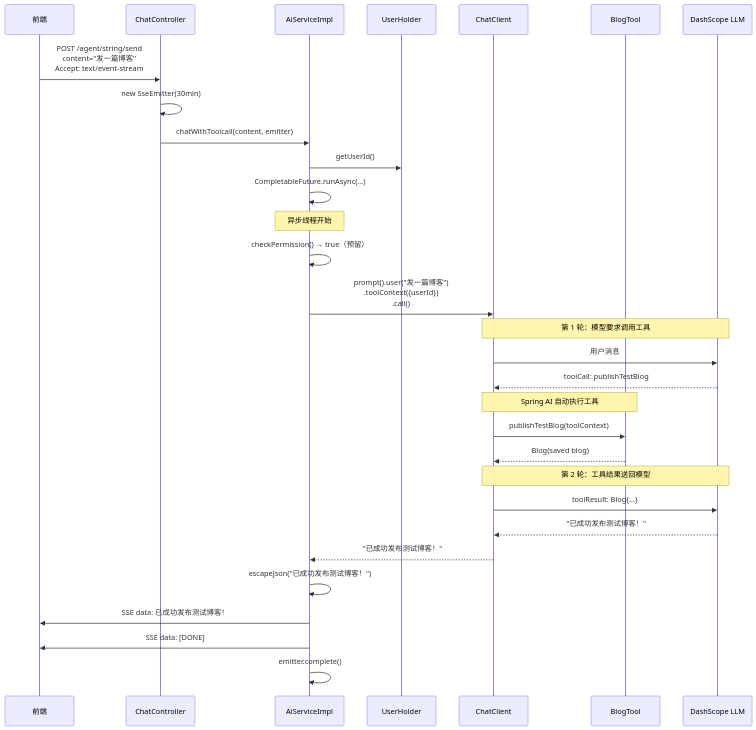
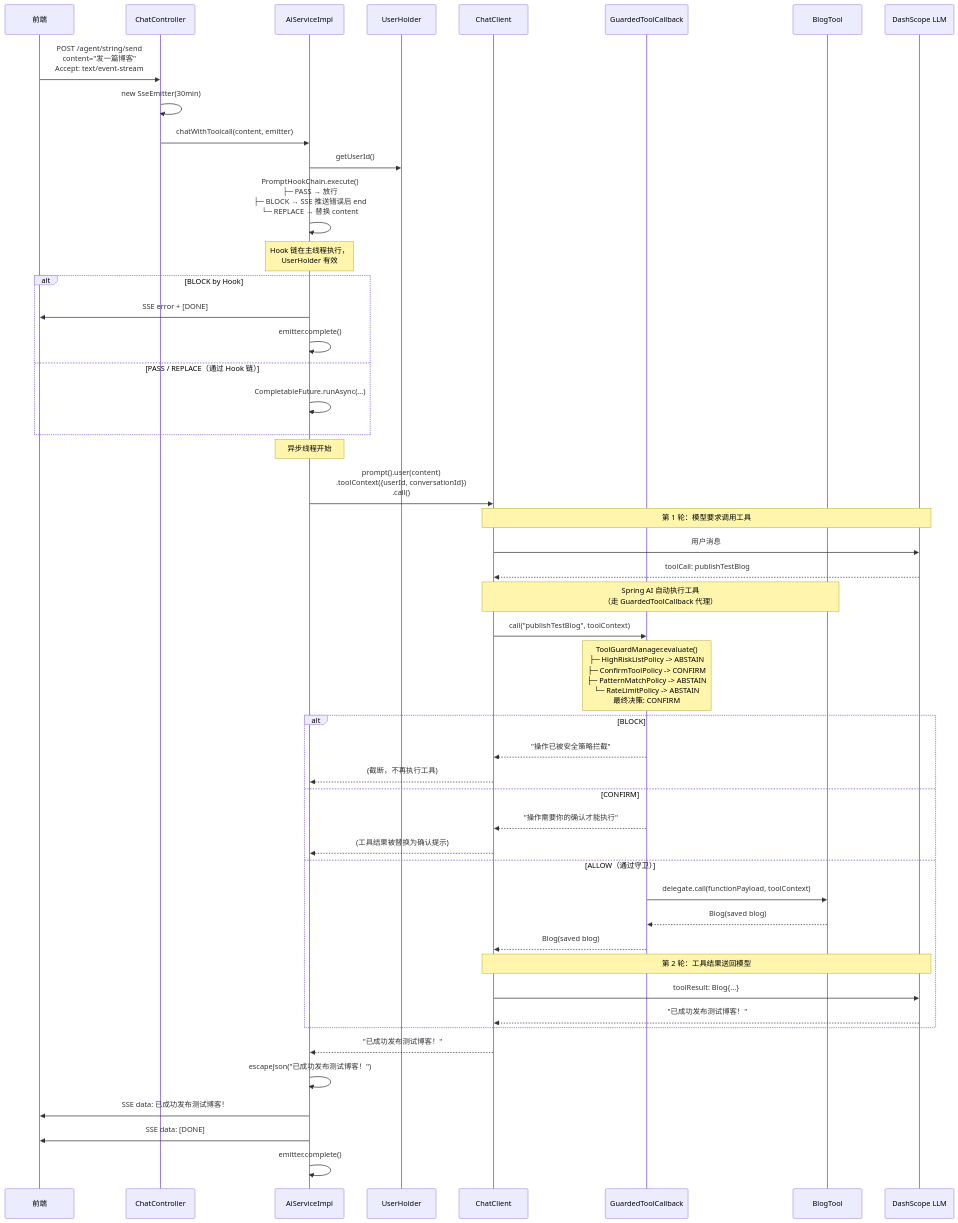
One commit to vacontinuejatotired/hm-dianping changed the fourth of 4 diagrams in md/agent/Agent模块架构设计.md. Above: the diagram before and after it, drawn with Mermaid. The commit also changed other lines of this file and 1 other file, not shown here.

First line of the commit message:
docs: 更新 Agent 模块架构文档和发展路线图

````diff
--- a/md/agent/Agent模块架构设计.md
+++ b/md/agent/Agent模块架构设计.md
@@ -611,41 +759,63 @@
 ```mermaid
 sequenceDiagram
     participant Client as 前端
     participant CC as ChatController
     participant AS as AiServiceImpl
     participant UH as UserHolder
     participant CC2 as ChatClient
+    participant GC as GuardedToolCallback
     participant BT as BlogTool
     participant LLM as DashScope LLM
     
     Client->>CC: POST /agent/string/send<br/>content="发一篇博客"<br/>Accept: text/event-stream
     CC->>CC: new SseEmitter(30min)
     CC->>AS: chatWithToolcall(content, emitter)
     AS->>UH: getUserId()
+    AS->>AS: PromptHookChain.execute()<br/>├─ PASS → 放行<br/>├─ BLOCK → SSE 推送错误后 end<br/>└─ REPLACE → 替换 content
+    
+    Note over AS: Hook 链在主线程执行，<br/>UserHolder 有效
+    
+    alt BLOCK by Hook
+        AS->>Client: SSE error + [DONE]
+        AS->>AS: emitter.complete()
+    else PASS / REPLACE（通过 Hook 链）
+    
     AS->>AS: CompletableFuture.runAsync(...)
+    end
     
     Note over AS: 异步线程开始
     
-    AS->>AS: checkPermission() → true（预留）
-    
-    AS->>CC2: prompt().user("发一篇博客")<br/>.toolContext({userId})<br/>.call()
+    AS->>CC2: prompt().user(content)<br/>.toolContext({userId, conversationId})<br/>.call()
     
     Note over CC2,LLM: 第 1 轮：模型要求调用工具
     CC2->>LLM: 用户消息
     LLM-->>CC2: toolCall: publishTestBlog
     
-    Note over CC2,BT: Spring AI 自动执行工具
-    CC2->>BT: publishTestBlog(toolContext)
-    BT-->>CC2: Blog(saved blog)
-    
-    Note over CC2,LLM: 第 2 轮：工具结果送回模型
-    CC2->>LLM: toolResult: Blog{...}
-    LLM-->>CC2: "已成功发布测试博客！"
+    Note over CC2,BT: Spring AI 自动执行工具<br/>（走 GuardedToolCallback 代理）
+    CC2->>GC: call("publishTestBlog", toolContext)
+
+    Note over GC: ToolGuardManager.evaluate()<br/>├─ HighRiskListPolicy -> ABSTAIN<br/>├─ ConfirmToolPolicy  -> CONFIRM<br/>├─ PatternMatchPolicy -> ABSTAIN<br/>└─ RateLimitPolicy    -> ABSTAIN<br/>最终决策: CONFIRM
+
+    alt BLOCK
+        GC-->>CC2: "操作已被安全策略拦截"
+        CC2-->>AS: (截断，不再执行工具)
+    else CONFIRM
+        GC-->>CC2: "操作需要你的确认才能执行"
+        CC2-->>AS: (工具结果被替换为确认提示)
+    else ALLOW（通过守卫）
+        GC->>BT: delegate.call(functionPayload, toolContext)
+        BT-->>GC: Blog(saved blog)
+        GC-->>CC2: Blog(saved blog)
+
+        Note over CC2,LLM: 第 2 轮：工具结果送回模型
+        CC2->>LLM: toolResult: Blog{...}
+        LLM-->>CC2: "已成功发布测试博客！"
+    end
     
     CC2-->>AS: "已成功发布测试博客！"
     
     AS->>AS: escapeJson("已成功发布测试博客！")
     AS->>Client: SSE data: 已成功发布测试博客！
     AS->>Client: SSE data: [DONE]
     AS->>AS: emitter.complete()
 ```
````
